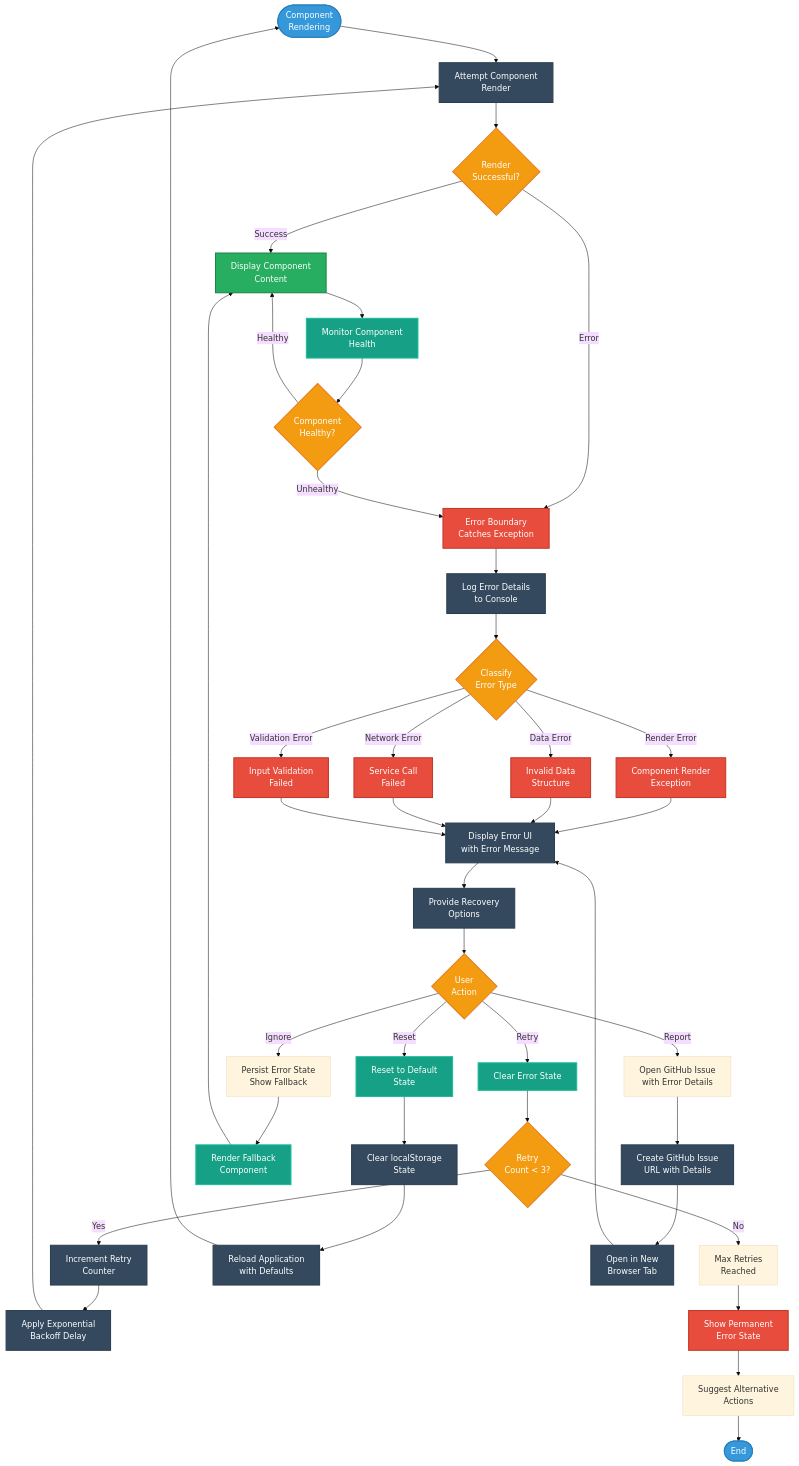
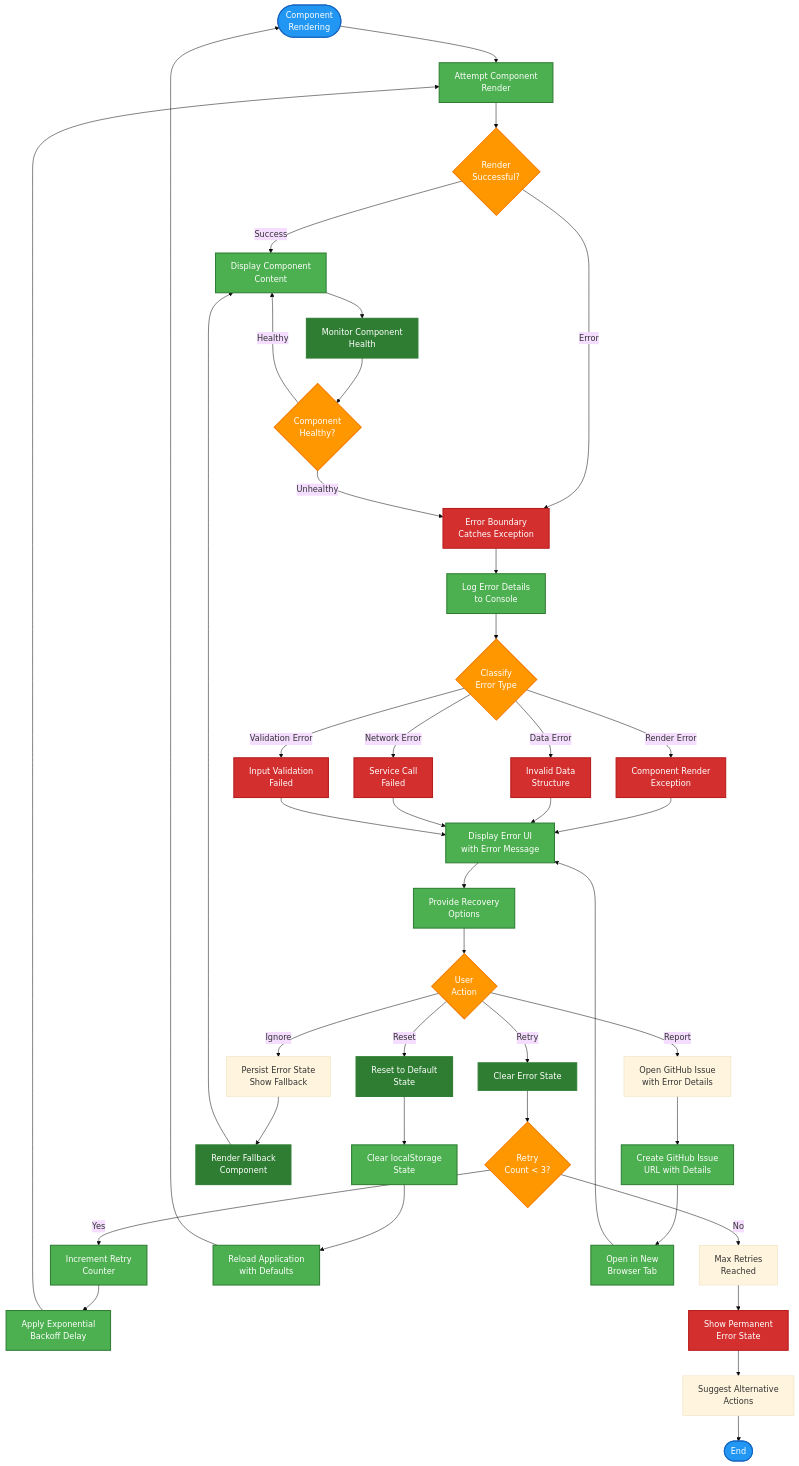
One commit to step-security-bot/cia-compliance-manager changed the ninth of 13 diagrams in docs/architecture/FLOWCHART.md. Above: the diagram before and after it, drawn with Mermaid (base theme). The commit also changed other lines of this file and 27 other files, not shown here.

First line of the commit message:
fix: resolve broken mermaid diagrams and improve color coding to match ISMS style guide (#1106)

````diff
--- a/docs/architecture/FLOWCHART.md
+++ b/docs/architecture/FLOWCHART.md
@@ -708,71 +708,71 @@
 ```mermaid
 flowchart TD
     Start([Component<br>Rendering]) --> RenderAttempt[Attempt Component<br>Render]
     
     RenderAttempt --> RenderCheck{Render<br>Successful?}
     RenderCheck -->|Success| DisplayContent[Display Component<br>Content]
     RenderCheck -->|Error| ErrorCaught[Error Boundary<br>Catches Exception]
     
     ErrorCaught --> LogError[Log Error Details<br>to Console]
     LogError --> DetermineErrorType{Classify<br>Error Type}
     
     DetermineErrorType -->|Render Error| RenderError[Component Render<br>Exception]
     DetermineErrorType -->|Data Error| DataError[Invalid Data<br>Structure]
     DetermineErrorType -->|Network Error| NetworkError[Service Call<br>Failed]
     DetermineErrorType -->|Validation Error| ValidationError[Input Validation<br>Failed]
     
     RenderError --> ShowErrorUI[Display Error UI<br>with Error Message]
     DataError --> ShowErrorUI
     NetworkError --> ShowErrorUI
     ValidationError --> ShowErrorUI
     
     ShowErrorUI --> ProvideOptions[Provide Recovery<br>Options]
     ProvideOptions --> UserChoice{User<br>Action}
     
     UserChoice -->|Retry| ClearErrorState[Clear Error State]
     UserChoice -->|Reset| ResetToDefaults[Reset to Default<br>State]
     UserChoice -->|Ignore| PersistError[Persist Error State<br>Show Fallback]
     UserChoice -->|Report| OpenIssue[Open GitHub Issue<br>with Error Details]
     
     ClearErrorState --> RetryCount{Retry<br>Count < 3?}
     RetryCount -->|Yes| IncrementRetry[Increment Retry<br>Counter]
     RetryCount -->|No| MaxRetriesReached[Max Retries<br>Reached]
     
     IncrementRetry --> ExponentialBackoff[Apply Exponential<br>Backoff Delay]
     ExponentialBackoff --> RenderAttempt
     
     MaxRetriesReached --> ShowPermanentError[Show Permanent<br>Error State]
     ShowPermanentError --> SuggestActions[Suggest Alternative<br>Actions]
     SuggestActions --> End([End])
     
     ResetToDefaults --> ClearStorage[Clear localStorage<br>State]
     ClearStorage --> ReloadApp[Reload Application<br>with Defaults]
     ReloadApp --> Start
     
     PersistError --> RenderFallback[Render Fallback<br>Component]
     RenderFallback --> DisplayContent
     
     OpenIssue --> CreateIssueURL[Create GitHub Issue<br>URL with Details]
     CreateIssueURL --> OpenInNewTab[Open in New<br>Browser Tab]
     OpenInNewTab --> ShowErrorUI
     
     DisplayContent --> MonitorHealth[Monitor Component<br>Health]
     MonitorHealth --> HealthCheck{Component<br>Healthy?}
     HealthCheck -->|Healthy| DisplayContent
     HealthCheck -->|Unhealthy| ErrorCaught
     
     %% Apply styles
-    classDef startend fill:#3498db,stroke:#2980b9,stroke-width:2px,color:white,rx:25
-    classDef process fill:#34495e,stroke:#2c3e50,stroke-width:2px,color:white
-    classDef error fill:#e74c3c,stroke:#c0392b,stroke-width:2px,color:white
-    classDef decision fill:#f39c12,stroke:#e67e22,stroke-width:2px,color:white
-    classDef recovery fill:#16a085,stroke:#1abc9c,stroke-width:2px,color:white
-    classDef success fill:#27ae60,stroke:#1e8449,stroke-width:2px,color:white
+    classDef startend fill:#2196F3,stroke:#1565C0,stroke-width:2px,color:#ffffff
+    classDef process fill:#4CAF50,stroke:#2E7D32,stroke-width:2px,color:#ffffff
+    classDef error fill:#D32F2F,stroke:#B71C1C,stroke-width:2px,color:#ffffff
+    classDef decision fill:#FF9800,stroke:#F57C00,stroke-width:2px,color:#ffffff
+    classDef recovery fill:#2E7D32,stroke:#2E7D32,stroke-width:2px,color:white
+    classDef success fill:#4CAF50,stroke:#2E7D32,stroke-width:2px,color:#ffffff
     
     class Start,End startend
     class RenderAttempt,LogError,ShowErrorUI,ProvideOptions,IncrementRetry,ExponentialBackoff,ClearStorage,ReloadApp,CreateIssueURL,OpenInNewTab process
     class ErrorCaught,RenderError,DataError,NetworkError,ValidationError,ShowPermanentError error
     class RenderCheck,DetermineErrorType,UserChoice,RetryCount,HealthCheck decision
     class ClearErrorState,ResetToDefaults,RenderFallback,MonitorHealth recovery
     class DisplayContent success
 ```
````
